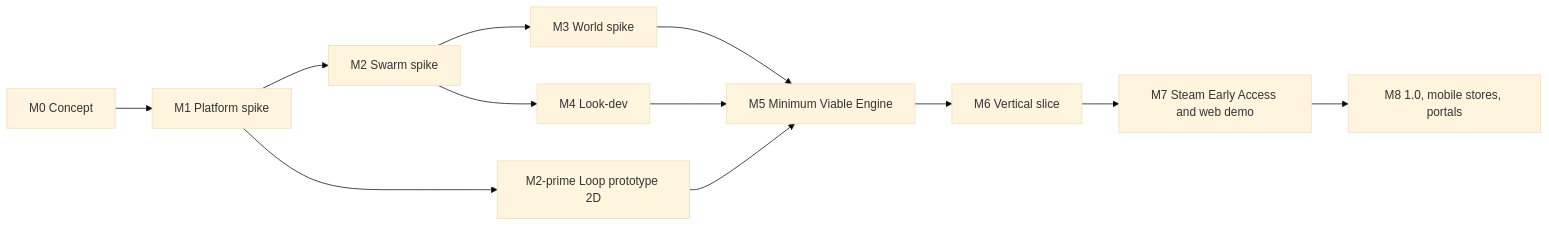
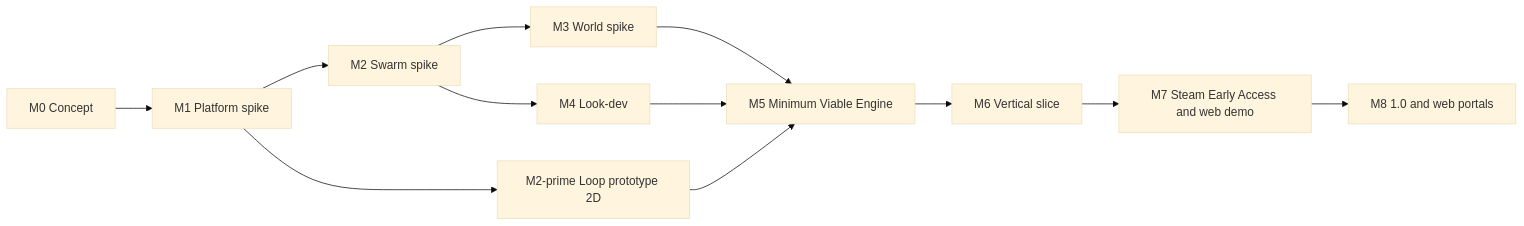
One commit to Doppelkeks/prophet changed the diagram in docs/ROADMAP.md. Above: the diagram before and after it, drawn with Mermaid (base theme). The commit also changed other lines of this file and 21 other files, not shown here.

````diff
--- a/docs/ROADMAP.md
+++ b/docs/ROADMAP.md
@@ -13,14 +13,14 @@
 ```mermaid
 flowchart LR
   M0["M0 Concept"] --> M1["M1 Platform spike"]
   M1 --> M2["M2 Swarm spike"]
   M1 --> M2P["M2-prime Loop prototype 2D"]
   M2 --> M3["M3 World spike"]
   M2 --> M4["M4 Look-dev"]
   M3 --> M5["M5 Minimum Viable Engine"]
   M4 --> M5
   M2P --> M5
   M5 --> M6["M6 Vertical slice"]
   M6 --> M7["M7 Steam Early Access and web demo"]
-  M7 --> M8["M8 1.0, mobile stores, portals"]
+  M7 --> M8["M8 1.0 and web portals"]
 ```
````
